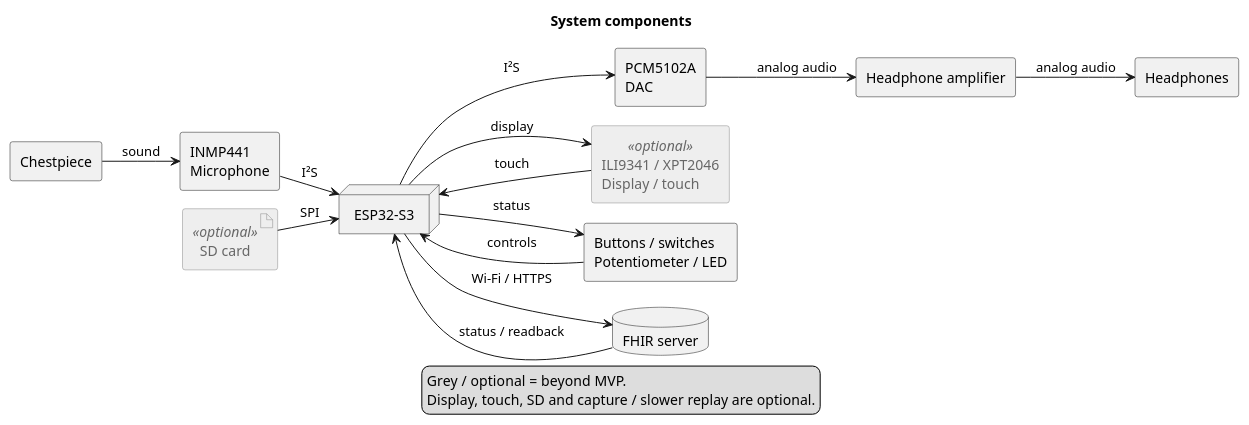
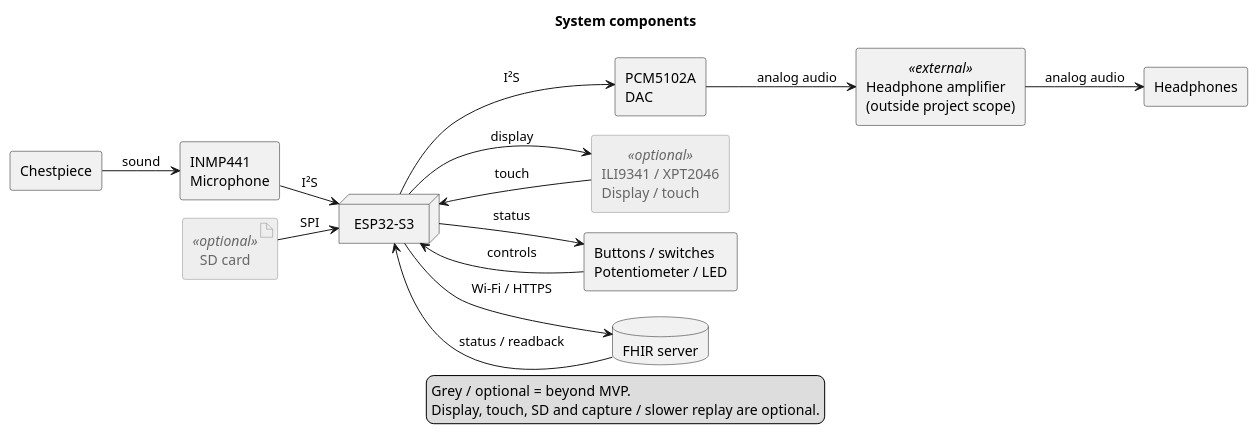
One commit to DemonicPsychoII/DigitalStethoscope changed the diagram in Development/system/architecture/system-components.puml. Above: the diagram before and after it, drawn with PlantUML. The commit also changed 48 other files, not shown here.

```diff
--- a/Development/system/architecture/system-components.puml
+++ b/Development/system/architecture/system-components.puml
@@ -1,44 +1,44 @@
 @startuml system_components
 !pragma layout smetana
 skinparam shadowing false
 skinparam component {
  BackgroundColor<<optional>> #EEEEEE
  BorderColor<<optional>> #888888
  FontColor<<optional>> #666666
 }
 skinparam artifact {
  BackgroundColor<<optional>> #EEEEEE
  BorderColor<<optional>> #888888
  FontColor<<optional>> #666666
 }
 skinparam componentStyle rectangle
 skinparam defaultFontName SansSerif
 title System components
 left to right direction
 component "Chestpiece" as chest
 component "INMP441\nMicrophone" as mic
 node "ESP32-S3" as cpu
 component "PCM5102A\nDAC" as dac
-component "Headphone amplifier" as amp
+component "Headphone amplifier\n(outside project scope)" as amp <<external>>
 component "Headphones" as hp
 component "ILI9341 / XPT2046\nDisplay / touch" as ui <<optional>>
 component "Buttons / switches\nPotentiometer / LED" as controls
 artifact "SD card" as sd <<optional>>
 database "FHIR server" as server
 chest --> mic : sound
 mic --> cpu : I²S
 cpu --> dac : I²S
 dac --> amp : analog audio
 amp --> hp : analog audio
 controls --> cpu : controls
 cpu --> controls : status
 ui --> cpu : touch
 cpu --> ui : display
 sd --> cpu : SPI
 cpu --> server : Wi-Fi / HTTPS
 server --> cpu : status / readback
 legend bottom
   Grey / optional = beyond MVP.
   Display, touch, SD and capture / slower replay are optional.
 endlegend
 @enduml
```
